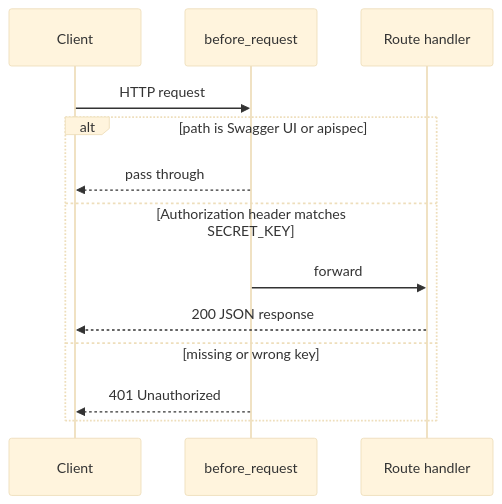
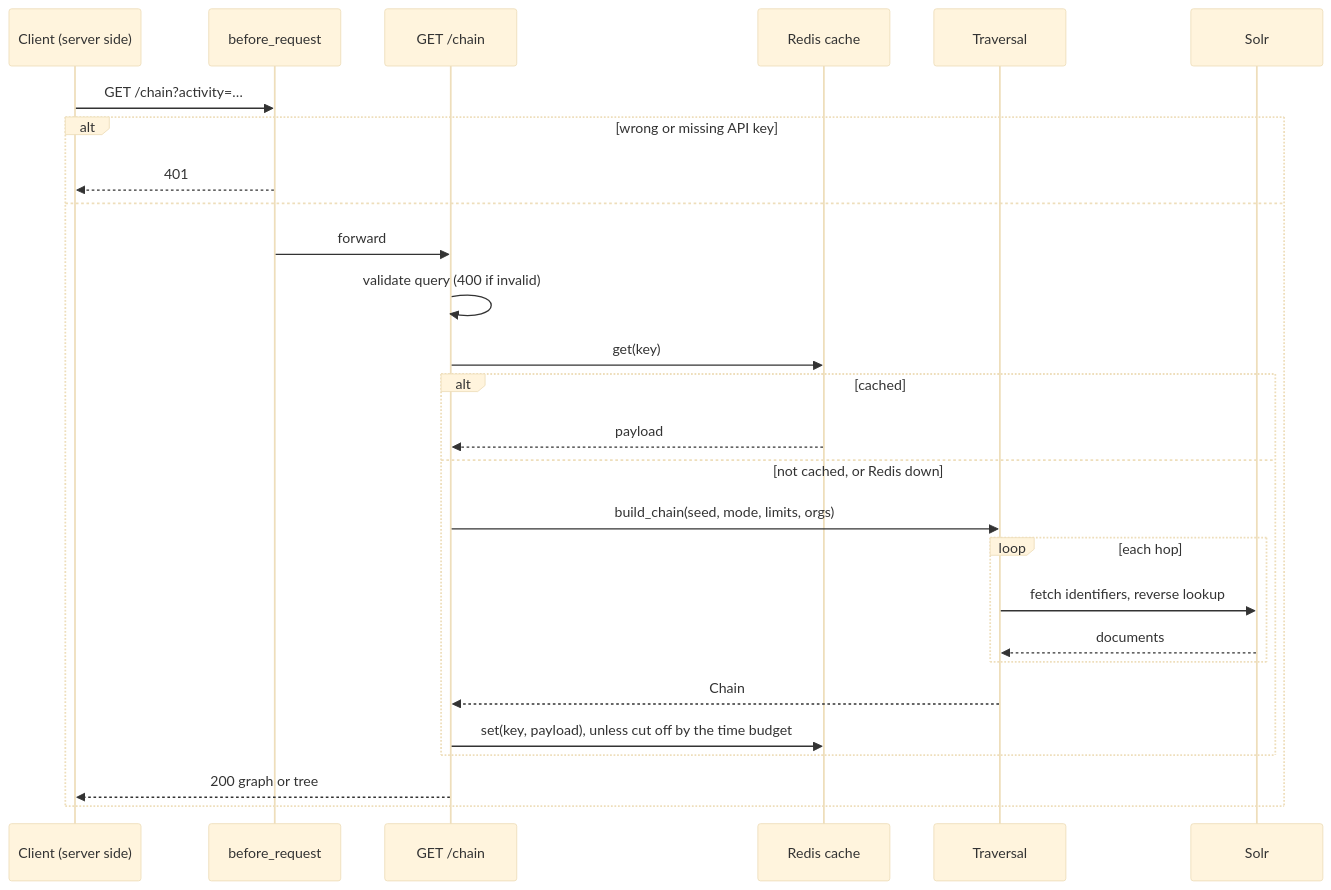
Before and after one commit to zimmerman-team/iati-cloud.dcma: the second of 5 diagrams in docs/DIAGRAMS.md, drawn with Mermaid (base theme). The commit also changed other lines of this file and 43 other files, not shown here.

````diff
--- a/docs/DIAGRAMS.md
+++ b/docs/DIAGRAMS.md
@@ -22,16 +42,30 @@
 ```mermaid
 sequenceDiagram
-    participant C as Client
-    participant M as before_request
-    participant R as Route handler
+    participant C as Client (server side)
+    participant A as before_request
+    participant R as GET /chain
+    participant K as Redis cache
+    participant T as Traversal
+    participant S as Solr
 
-    C->>M: HTTP request
-    alt path is Swagger UI or apispec
-        M-->>C: pass through
-    else Authorization header matches SECRET_KEY
-        M->>R: forward
-        R-->>C: 200 JSON response
-    else missing or wrong key
-        M-->>C: 401 Unauthorized
+    C->>A: GET /chain?activity=…
+    alt wrong or missing API key
+        A-->>C: 401
+    else
+        A->>R: forward
+        R->>R: validate query (400 if invalid)
+        R->>K: get(key)
+        alt cached
+            K-->>R: payload
+        else not cached, or Redis down
+            R->>T: build_chain(seed, mode, limits, orgs)
+            loop each hop
+                T->>S: fetch identifiers, reverse lookup
+                S-->>T: documents
+            end
+            T-->>R: Chain
+            R->>K: set(key, payload), unless cut off by the time budget
+        end
+        R-->>C: 200 graph or tree
     end
 ```
````
